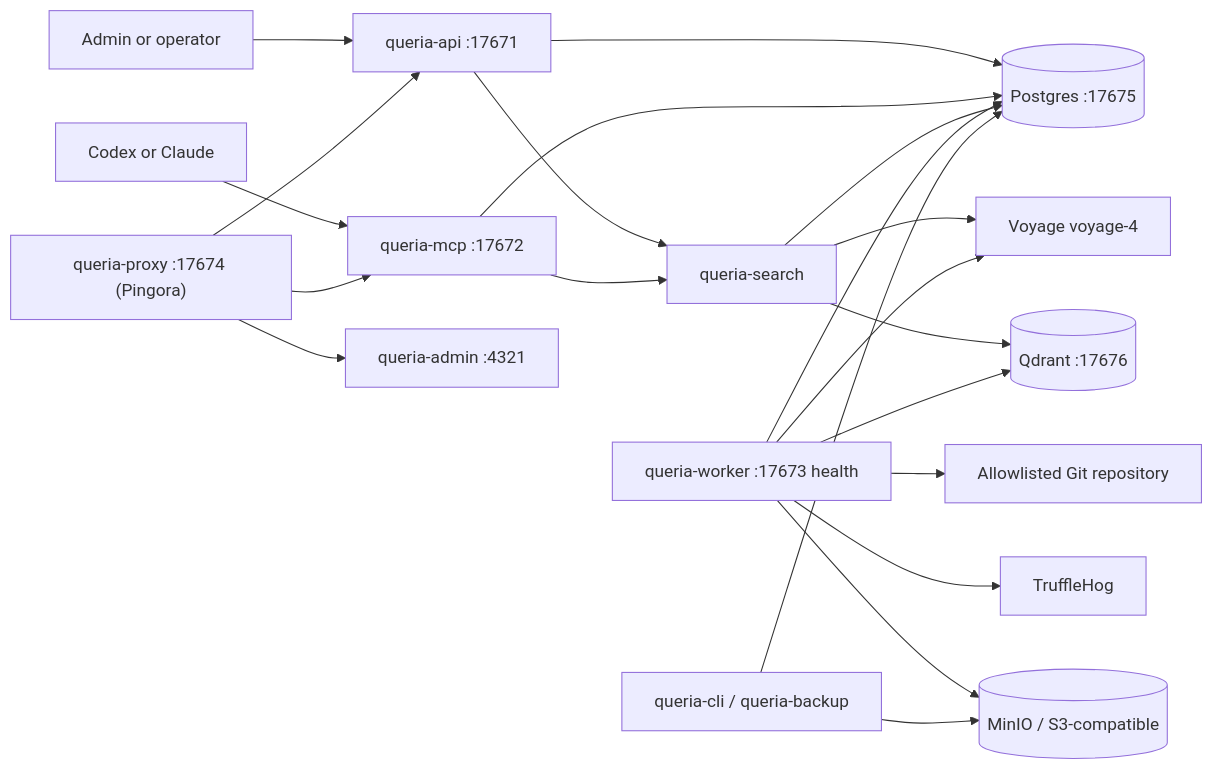
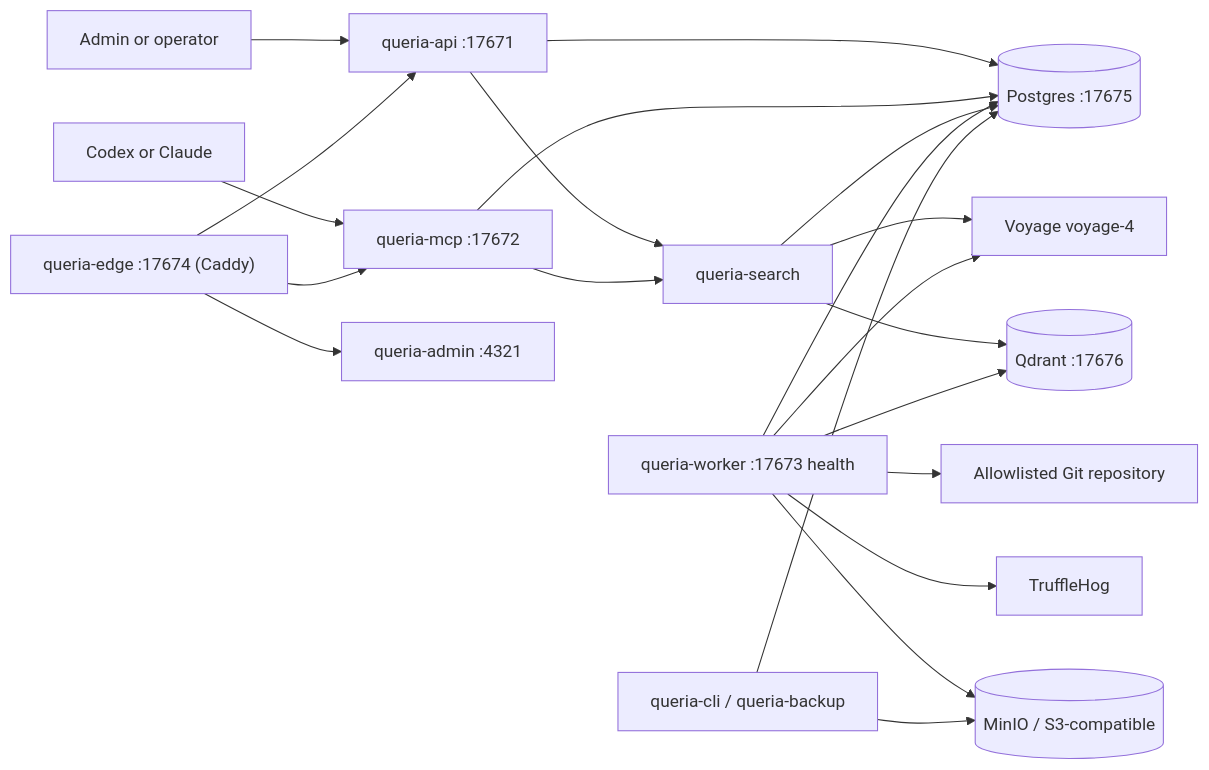
One commit to nandocoeg2/queria-backend changed the diagram in docs/HANDOFF.md. Above: the diagram before and after it, drawn with Mermaid. The commit also changed other lines of this file and 53 other files, not shown here.

````diff
--- a/docs/HANDOFF.md
+++ b/docs/HANDOFF.md
@@ -39,23 +45,23 @@
 ```mermaid
 flowchart LR
     Human["Admin or operator"] --> API["queria-api :17671"]
     Agent["Codex or Claude"] --> MCP["queria-mcp :17672"]
     API --> PG[(Postgres :17675)]
     MCP --> PG
     API --> Search["queria-search"]
     MCP --> Search
     Search --> PG
     Search --> Voyage["Voyage voyage-4"]
     Search --> Qdrant[(Qdrant :17676)]
     Worker["queria-worker :17673 health"] --> PG
     Worker --> Voyage
     Worker --> Qdrant
     Worker --> Repo["Allowlisted Git repository"]
     Worker --> TruffleHog["TruffleHog"]
-    Proxy["queria-proxy :17674 (Pingora)"] --> API
-    Proxy --> MCP
-    Proxy --> Admin["queria-admin :4321"]
+    Edge["queria-edge :17674 (Caddy)"] --> API
+    Edge --> MCP
+    Edge --> Admin["queria-admin :4321"]
     Worker --> MinIO[(MinIO / S3-compatible)]
     CLI["queria-cli / queria-backup"] --> MinIO
     CLI --> PG
 ```
````
